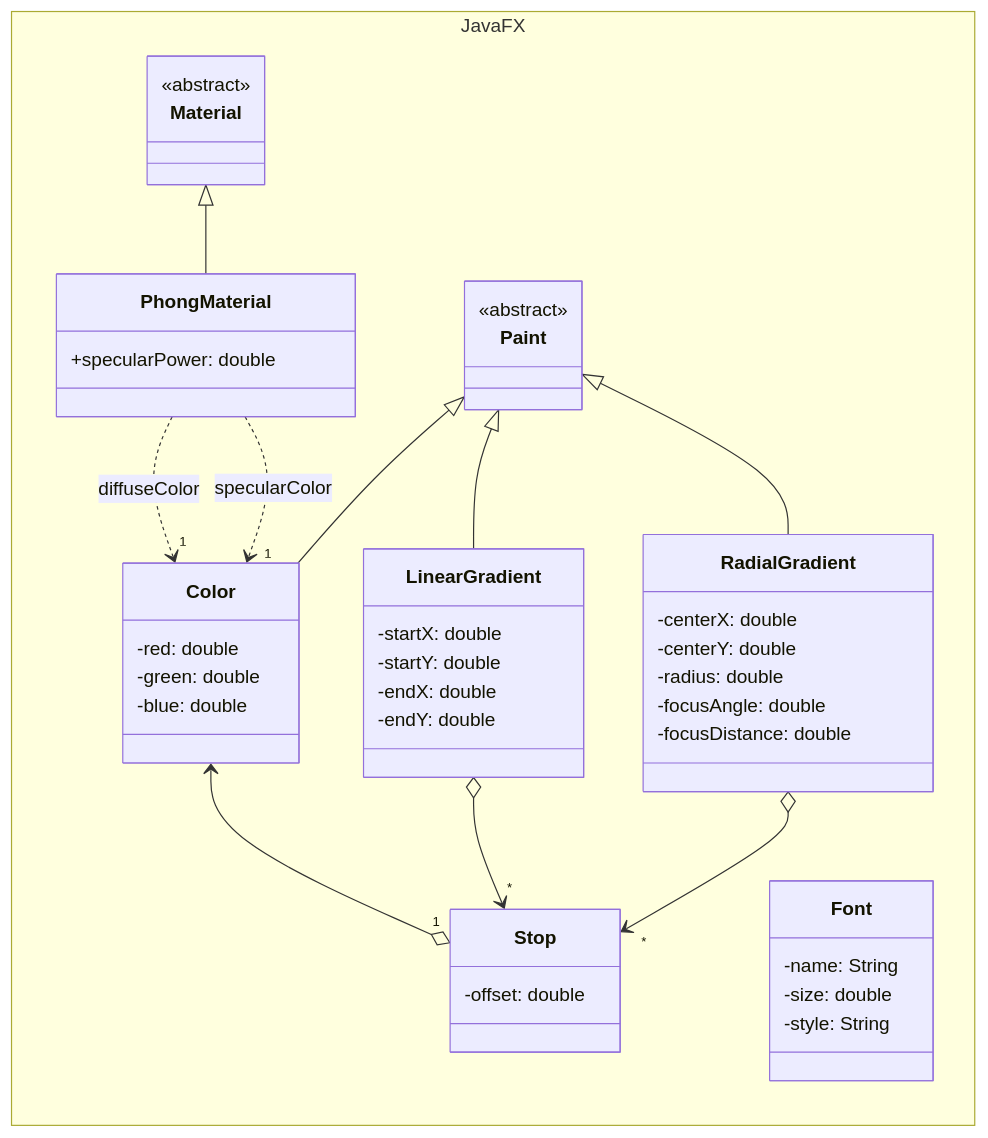
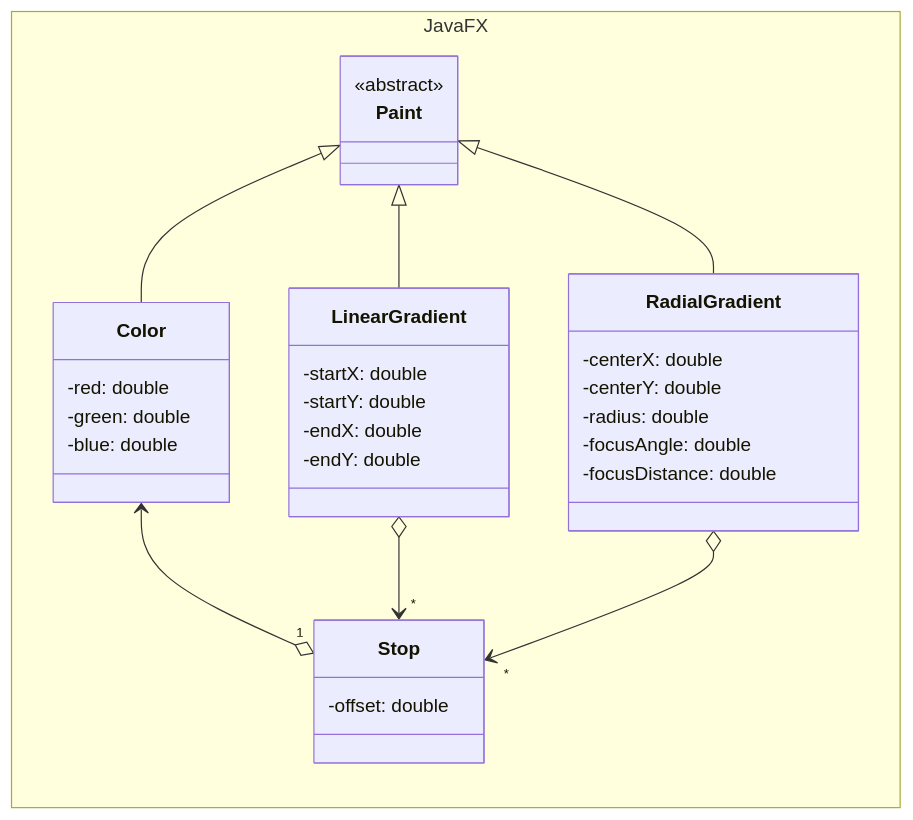
Before and after one commit to ghackenberg/kurs-java-programmierung: the diagram in Grafiken/JavaFX/Paint.mmd, drawn with Mermaid. The commit also changed 82 other files, not shown here.

```diff
--- a/Grafiken/JavaFX/Paint.mmd
+++ b/Grafiken/JavaFX/Paint.mmd
@@ -1,65 +1,46 @@
 classDiagram
 
     direction RL
 
     namespace JavaFX {
 
         class Color {
             -red: double
             -green: double
             -blue: double
         }
 
         class Stop {
             -offset: double
         }
 
         class LinearGradient {
             -startX: double
             -startY: double
             -endX: double
             -endY: double
         }
 
         class RadialGradient {
             -centerX: double
             -centerY: double
             -radius: double
             -focusAngle: double
             -focusDistance: double
         }
 
         class Paint {
             <<abstract>>
         }
 
-        class Font {
-            -name: String
-            -size: double
-            -style: String
-        }
-
-        class Material {
-            <<abstract>>
-        }
-
-        class PhongMaterial {
-            +specularPower: double
-        }
-
     }
-
-    Material <|-- PhongMaterial
-    
-    PhongMaterial ..>"1" Color: diffuseColor
-    PhongMaterial ..>"1" Color: specularColor
 
     Color <--o"1" Stop
 
     LinearGradient o-->"*" Stop
     RadialGradient o-->"*" Stop
 
     Paint <|-- Color
 
     Paint <|-- LinearGradient
     Paint <|-- RadialGradient
```
